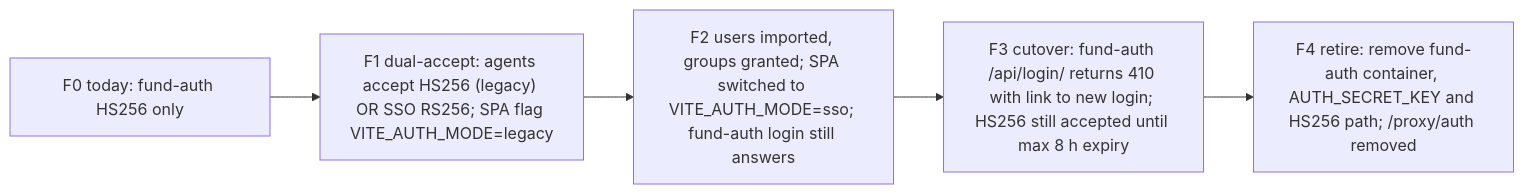
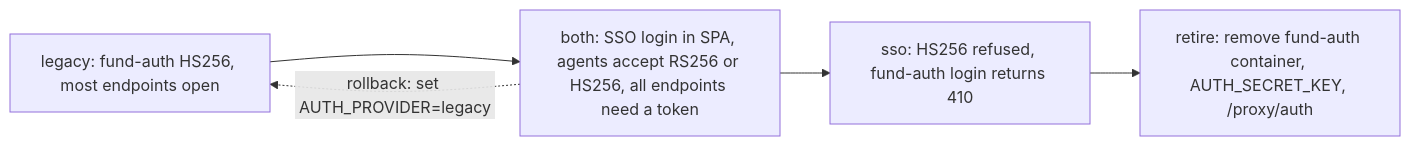
One commit to Neural-Matrix-LLC/SSO-server changed the third of 14 diagrams in docs/ECOSYSTEM-INTEGRATION.md. Above: the diagram before and after it, drawn with Mermaid. The commit also changed other lines of this file and 4 other files, not shown here.

````diff
--- a/docs/ECOSYSTEM-INTEGRATION.md
+++ b/docs/ECOSYSTEM-INTEGRATION.md
@@ -189,7 +217,7 @@
 ```mermaid
 flowchart LR
-  P0["F0 today: fund-auth HS256 only"] --> P1["F1 dual-accept: agents accept HS256 (legacy) OR SSO RS256; SPA flag VITE_AUTH_MODE=legacy"]
-  P1 --> P2["F2 users imported, groups granted; SPA switched to VITE_AUTH_MODE=sso; fund-auth login still answers"]
-  P2 --> P3["F3 cutover: fund-auth /api/login/ returns 410 with link to new login; HS256 still accepted until max 8 h expiry"]
-  P3 --> P4["F4 retire: remove fund-auth container, AUTH_SECRET_KEY and HS256 path; /proxy/auth removed"]
+  P0["legacy: fund-auth HS256, most endpoints open"] --> P1["both: SSO login in SPA, agents accept RS256 or HS256, all endpoints need a token"]
+  P1 --> P2["sso: HS256 refused, fund-auth login returns 410"]
+  P2 --> P3["retire: remove fund-auth container, AUTH_SECRET_KEY, /proxy/auth"]
+  P1 -. "rollback: set AUTH_PROVIDER=legacy" .-> P0
 ```
````
